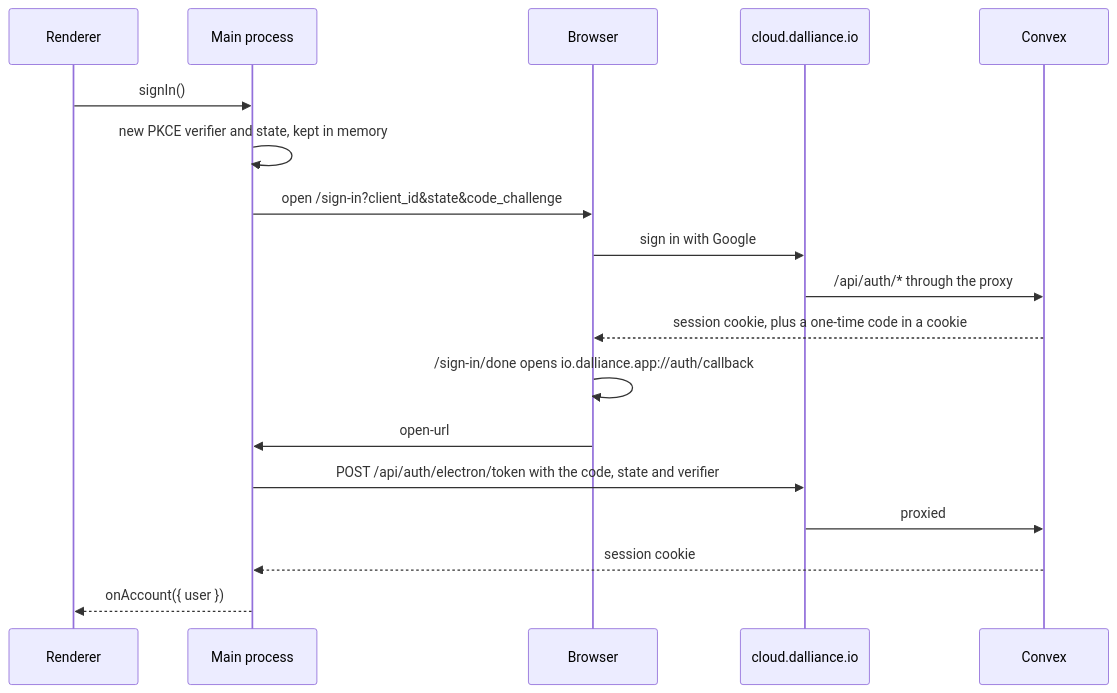
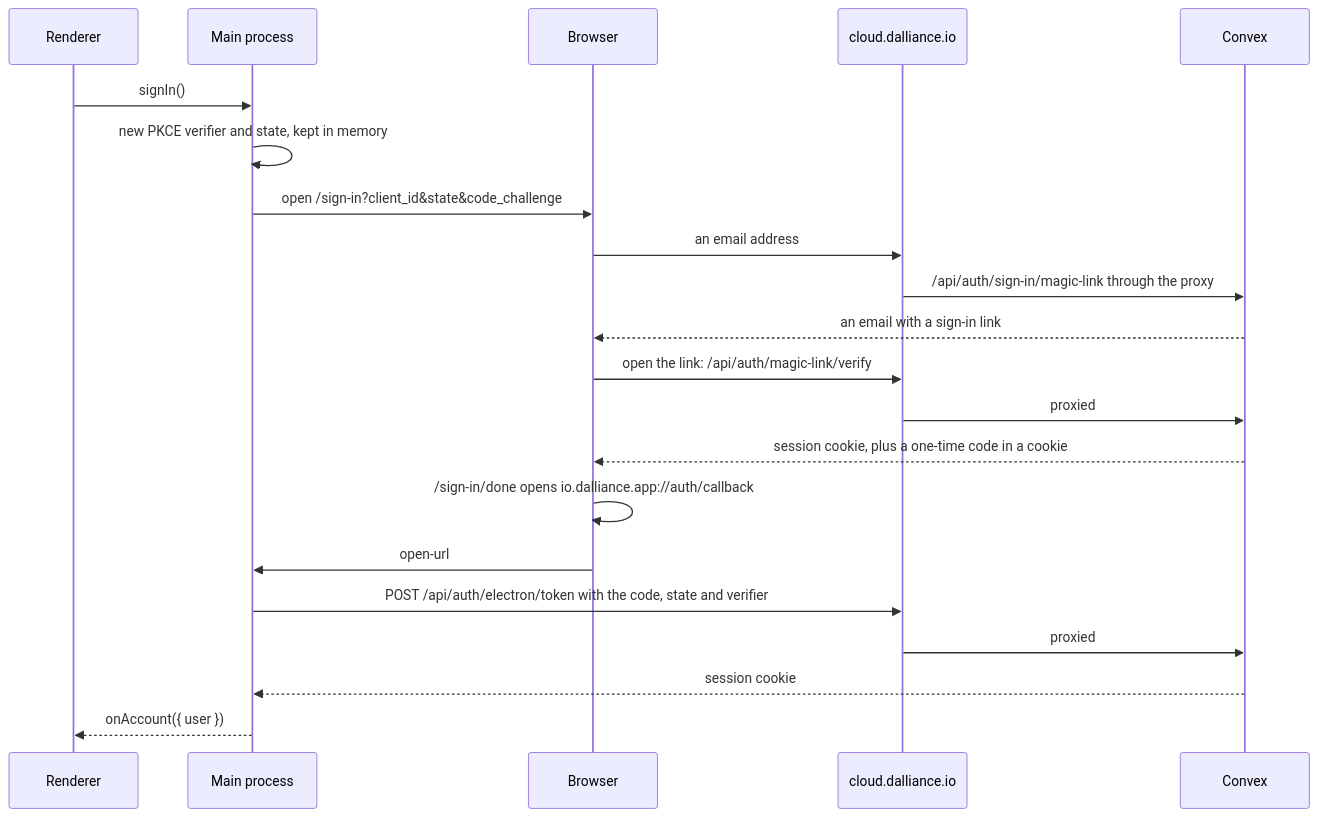
One commit to amirhesham65/dalliance changed the diagram in docs/accounts.md. Above: the diagram before and after it, drawn with Mermaid. The commit also changed other lines of this file and 23 other files, not shown here.

First line of the commit message:
Sign in with an emailed link instead of Google

````diff
--- a/docs/accounts.md
+++ b/docs/accounts.md
@@ -17,21 +17,24 @@
 ```mermaid
 sequenceDiagram
   participant R as Renderer
   participant M as Main process
   participant B as Browser
   participant W as cloud.dalliance.io
   participant C as Convex
 
   R->>M: signIn()
   M->>M: new PKCE verifier and state, kept in memory
   M->>B: open /sign-in?client_id&state&code_challenge
-  B->>W: sign in with Google
-  W->>C: /api/auth/* through the proxy
+  B->>W: an email address
+  W->>C: /api/auth/sign-in/magic-link through the proxy
+  C-->>B: an email with a sign-in link
+  B->>W: open the link: /api/auth/magic-link/verify
+  W->>C: proxied
   C-->>B: session cookie, plus a one-time code in a cookie
   B->>B: /sign-in/done opens io.dalliance.app://auth/callback#token=code
   B->>M: open-url
   M->>W: POST /api/auth/electron/token with the code, state and verifier
   W->>C: proxied
   C-->>M: session cookie
   M-->>R: onAccount({ user })
 ```
````
